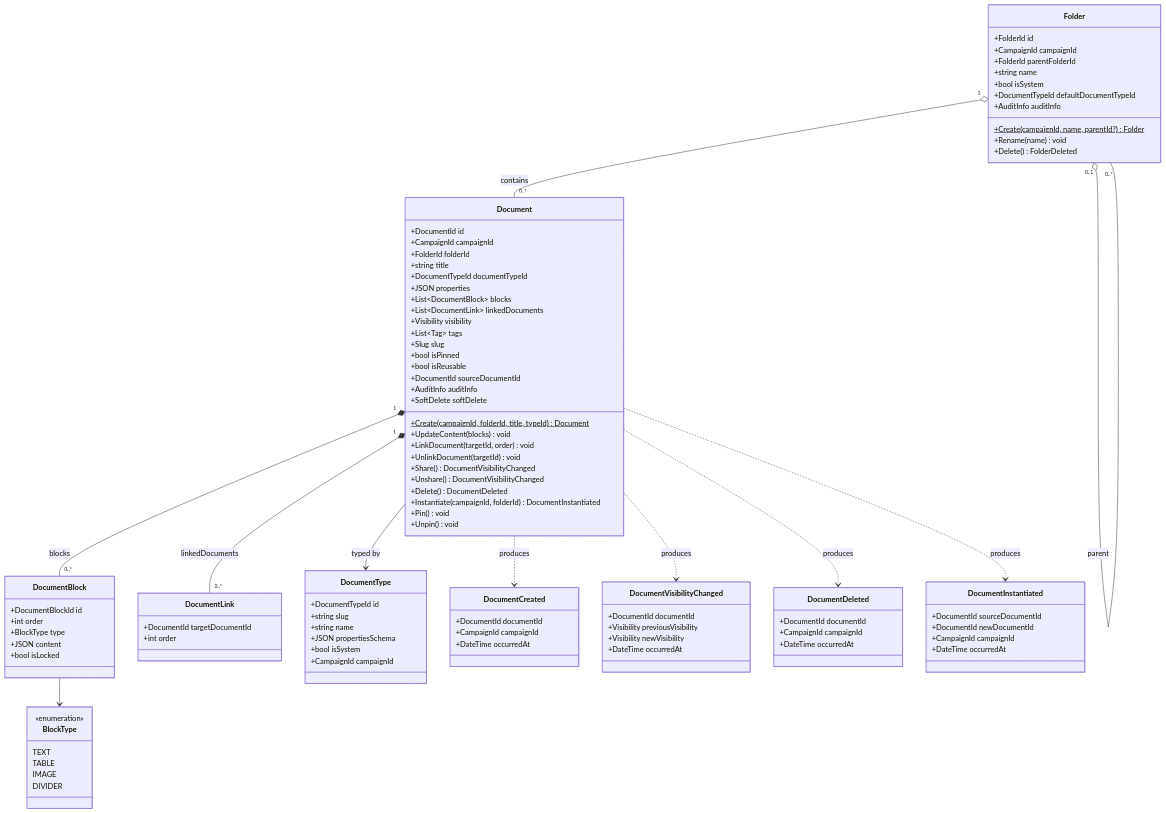
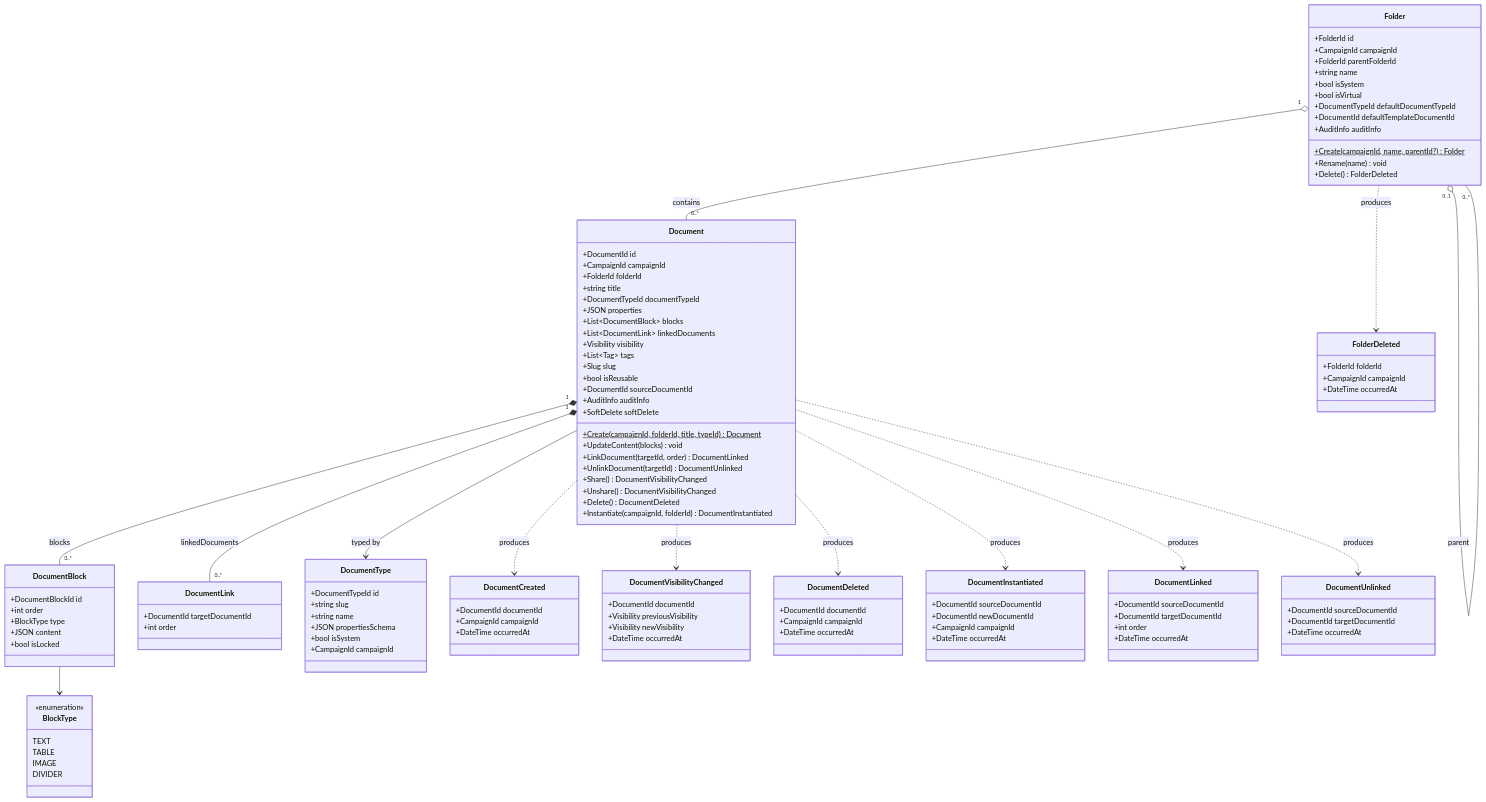
One commit to 2025-10-CDA-ECO-P6/PM-micro-saas changed the diagram in docs/conception/domain/diagrams/classes/content-library.md. Above: the diagram before and after it, drawn with Mermaid. The commit also changed 17 other files, not shown here.

```diff
--- a/docs/conception/domain/diagrams/classes/content-library.md
+++ b/docs/conception/domain/diagrams/classes/content-library.md
@@ -14,21 +14,18 @@
         +Visibility visibility
         +List~Tag~ tags
         +Slug slug
-        +bool isPinned
         +bool isReusable
         +DocumentId sourceDocumentId
         +AuditInfo auditInfo
         +SoftDelete softDelete
         +Create(campaignId, folderId, title, typeId)$ Document
         +UpdateContent(blocks) void
-        +LinkDocument(targetId, order) void
-        +UnlinkDocument(targetId) void
+        +LinkDocument(targetId, order) DocumentLinked
+        +UnlinkDocument(targetId) DocumentUnlinked
         +Share() DocumentVisibilityChanged
         +Unshare() DocumentVisibilityChanged
         +Delete() DocumentDeleted
         +Instantiate(campaignId, folderId) DocumentInstantiated
-        +Pin() void
-        +Unpin() void
     }
 
     class DocumentBlock {
@@ -50,7 +47,9 @@
         +FolderId parentFolderId
         +string name
         +bool isSystem
+        +bool isVirtual
         +DocumentTypeId defaultDocumentTypeId
+        +DocumentId defaultTemplateDocumentId
         +AuditInfo auditInfo
         +Create(campaignId, name, parentId?)$ Folder
         +Rename(name) void
@@ -100,6 +99,25 @@
         +DateTime occurredAt
     }
 
+    class DocumentLinked {
+        +DocumentId sourceDocumentId
+        +DocumentId targetDocumentId
+        +int order
+        +DateTime occurredAt
+    }
+
+    class DocumentUnlinked {
+        +DocumentId sourceDocumentId
+        +DocumentId targetDocumentId
+        +DateTime occurredAt
+    }
+
+    class FolderDeleted {
+        +FolderId folderId
+        +CampaignId campaignId
+        +DateTime occurredAt
+    }
+
     Document "1" *-- "0..*" DocumentBlock : blocks
     Document "1" *-- "0..*" DocumentLink : linkedDocuments
     Document --> DocumentType : typed by
@@ -107,6 +125,9 @@
     Document ..> DocumentVisibilityChanged : produces
     Document ..> DocumentDeleted : produces
     Document ..> DocumentInstantiated : produces
+    Document ..> DocumentLinked : produces
+    Document ..> DocumentUnlinked : produces
+    Folder ..> FolderDeleted : produces
     DocumentBlock --> BlockType
     Folder "1" o-- "0..*" Document : contains
     Folder "0..1" o-- "0..*" Folder : parent
```
